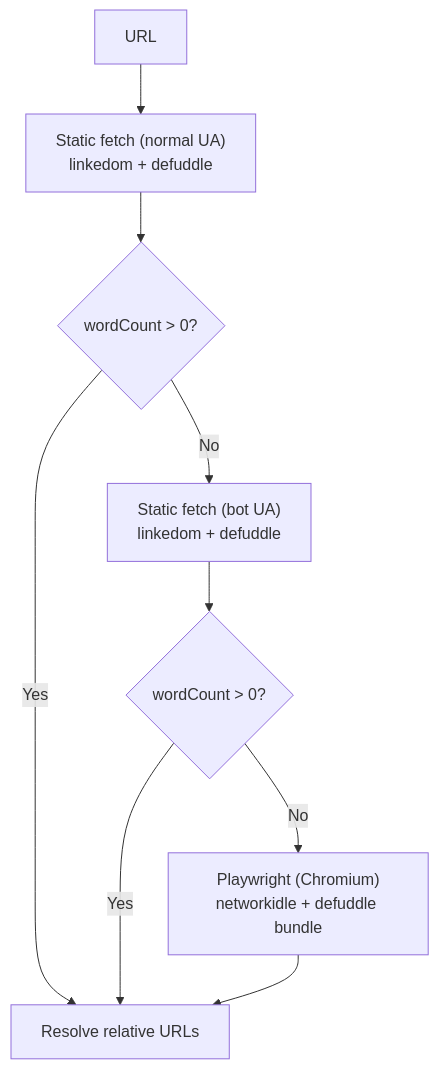
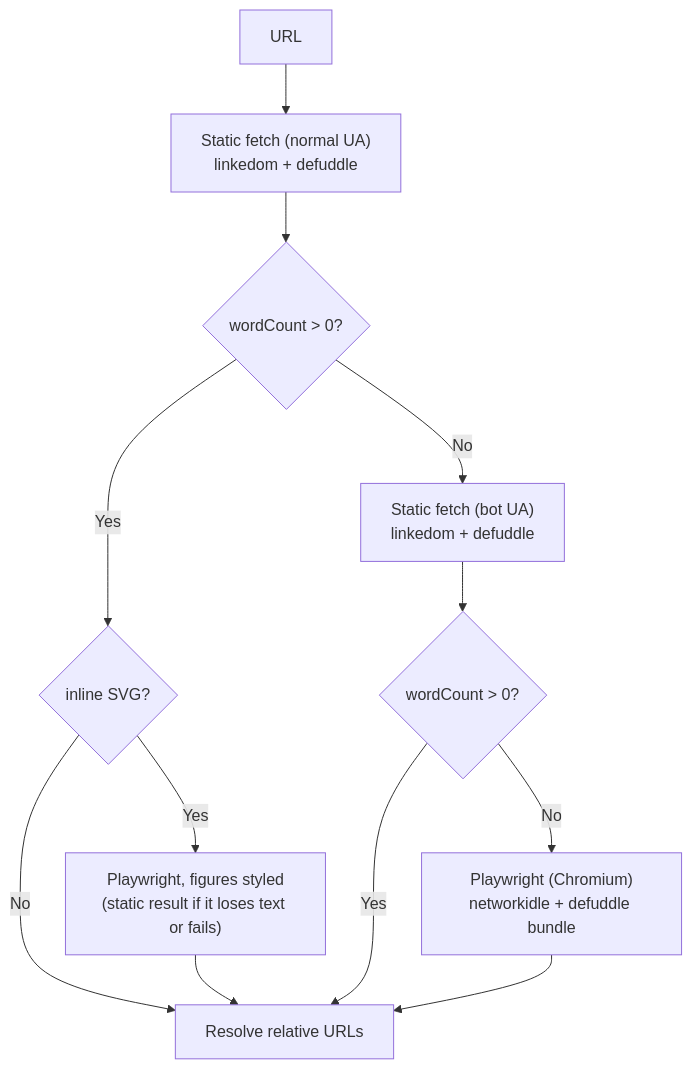
One commit to yapit-tts/yapit changed the fourth of 8 diagrams in docs/architecture.md. Above: the diagram before and after it, drawn with Mermaid. The commit also changed other lines of this file and 6 other files, not shown here.

````diff
--- a/docs/architecture.md
+++ b/docs/architecture.md
@@ -123,11 +123,14 @@
 ```mermaid
 flowchart TD
     URL["URL"] --> S1["Static fetch (normal UA)<br/>linkedom + defuddle"]
     S1 --> C1{"wordCount > 0?"}
-    C1 -->|Yes| RESOLVE["Resolve relative URLs"]
+    C1 -->|Yes| SVG{"inline SVG?"}
+    SVG -->|No| RESOLVE["Resolve relative URLs"]
+    SVG -->|Yes| PWS["Playwright, figures styled<br/>(static result if it loses text or fails)"]
+    PWS --> RESOLVE
     C1 -->|No| S2["Static fetch (bot UA)<br/>linkedom + defuddle"]
     S2 --> C2{"wordCount > 0?"}
     C2 -->|Yes| RESOLVE
     C2 -->|No| PW["Playwright (Chromium)<br/>networkidle + defuddle bundle"]
     PW --> RESOLVE
 ```
````
